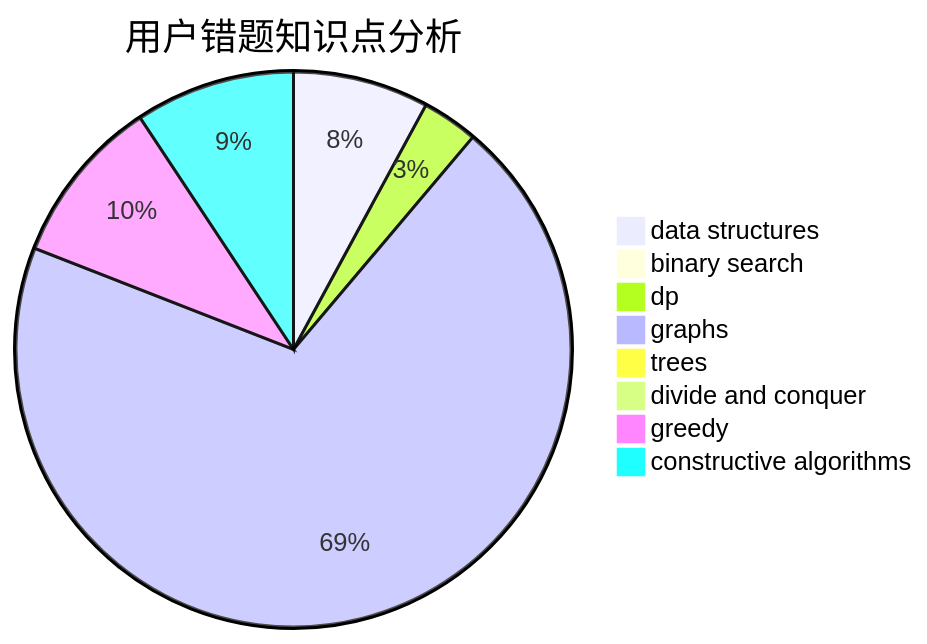
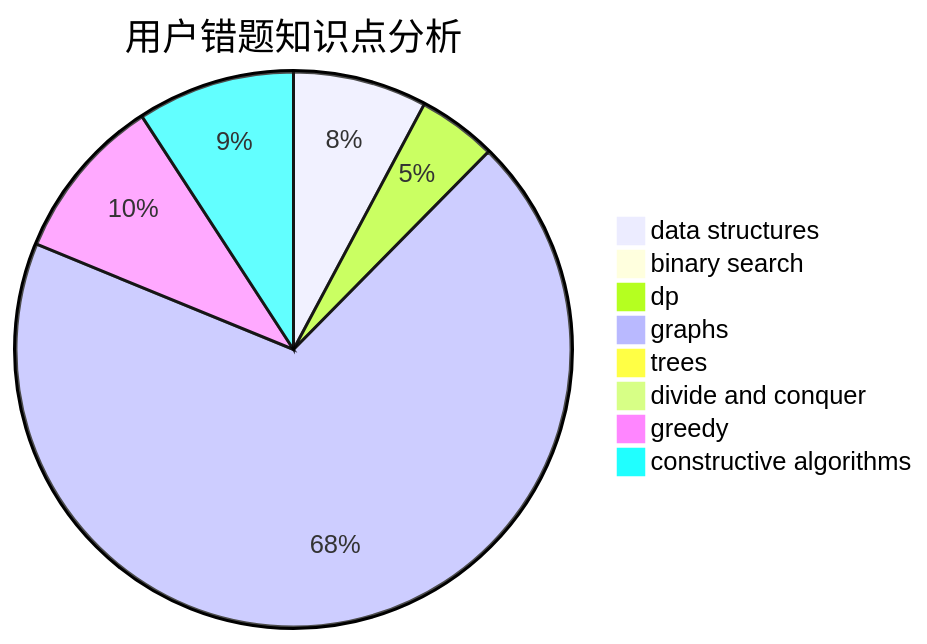
The third of 3 diagrams in docs/user/u1537.md (sherpahu/cfrs.github.io), drawn with Mermaid before and after one commit. The commit also changed other lines of this file and 2770 other files, not shown here.

````diff
--- a/docs/user/u1537.md
+++ b/docs/user/u1537.md
@@ -36,11 +36,11 @@
 ```mermaid
 pie title 用户错题知识点分析
     "data structures" :  17
     "binary search" :  0
-    "dp" :  7
+    "dp" :  10
     "graphs" :  150
     "trees" :  1
     "divide and conquer" :  0
     "greedy" :  21
     "constructive algorithms" :  20
 ```
````
